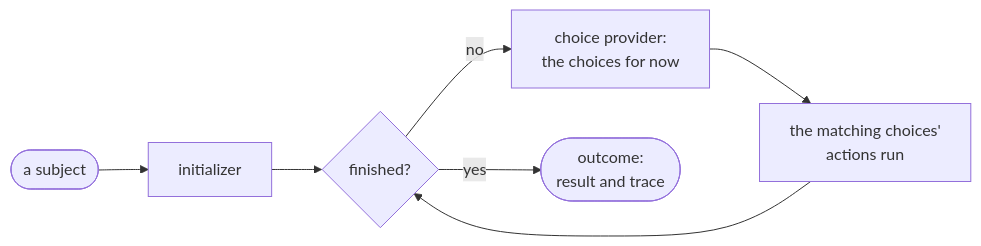
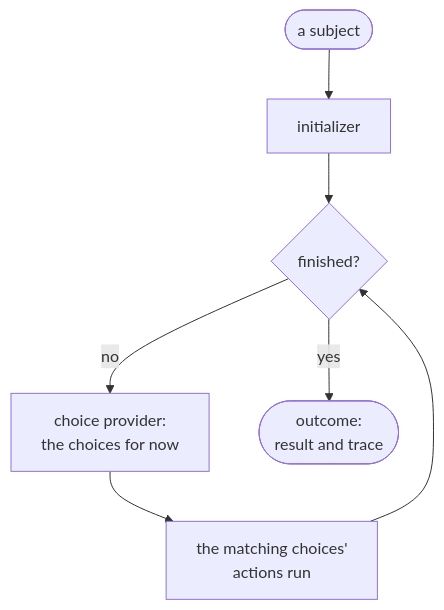
The diagram in README.md (csepulv/belaykit), drawn with Mermaid before and after one commit. The commit also changed other lines of this file and 83 other files, not shown here.

````diff
--- a/README.md
+++ b/README.md
@@ -11,6 +11,6 @@
 ```mermaid
-flowchart LR
+flowchart TD
     Subject(["a subject"]) --> Init["initializer"] --> Done{"finished?"}
     Done -->|"no"| Choose["choice provider:<br/>the choices for now"] --> Act["the matching choices'<br/>actions run"] --> Done
     Done -->|"yes"| Outcome(["outcome:<br/>result and trace"])
 ```
````
